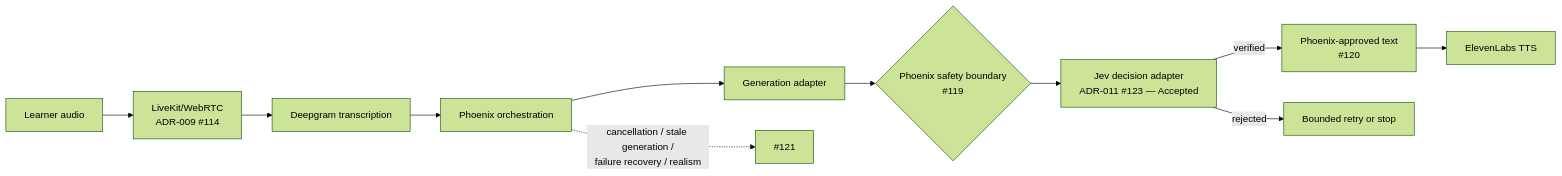
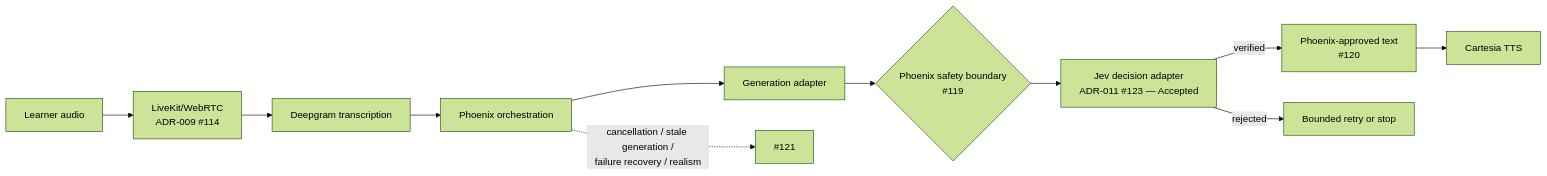
The diagram in docs/design/jev-prototype.md (ChordanDev/proyectoMed), drawn with Mermaid (forest theme) before and after one commit. The commit also changed other lines of this file, not shown here.

First line of the commit message:
docs(design): name Cartesia as the real-time TTS in the Jev design

````diff
--- a/docs/design/jev-prototype.md
+++ b/docs/design/jev-prototype.md
@@ -114,13 +114,13 @@
 ```mermaid
 flowchart LR
   L[Learner audio] --> LK[LiveKit/WebRTC<br/>ADR-009 #114]
   LK --> STT[Deepgram transcription]
   STT --> P[Phoenix orchestration]
   P --> GEN[Generation adapter]
   GEN --> B{Phoenix safety boundary<br/>#119}
   B --> J[Jev decision adapter<br/>ADR-011 #123 — Accepted]
   J -- verified --> A[Phoenix-approved text<br/>#120]
-  A --> TTS[ElevenLabs TTS]
+  A --> TTS[Cartesia TTS]
   J -- rejected --> R[Bounded retry or stop]
   P -. cancellation / stale generation /<br/>failure recovery / realism .-> C[#121]
 ```
````
